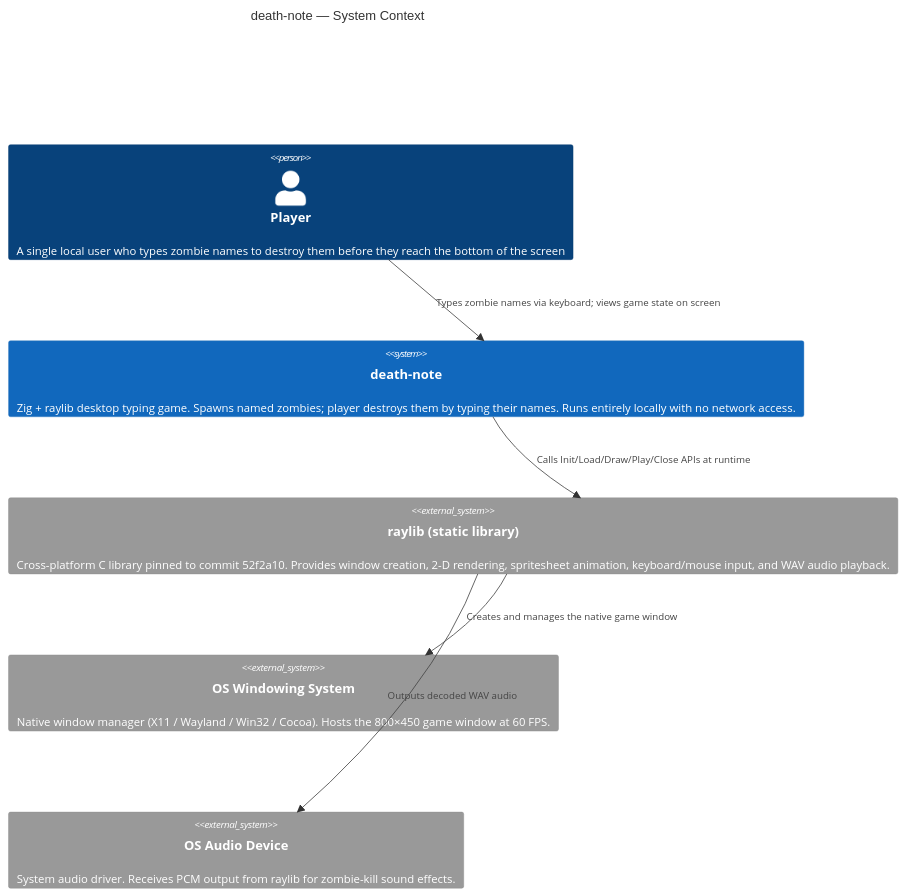
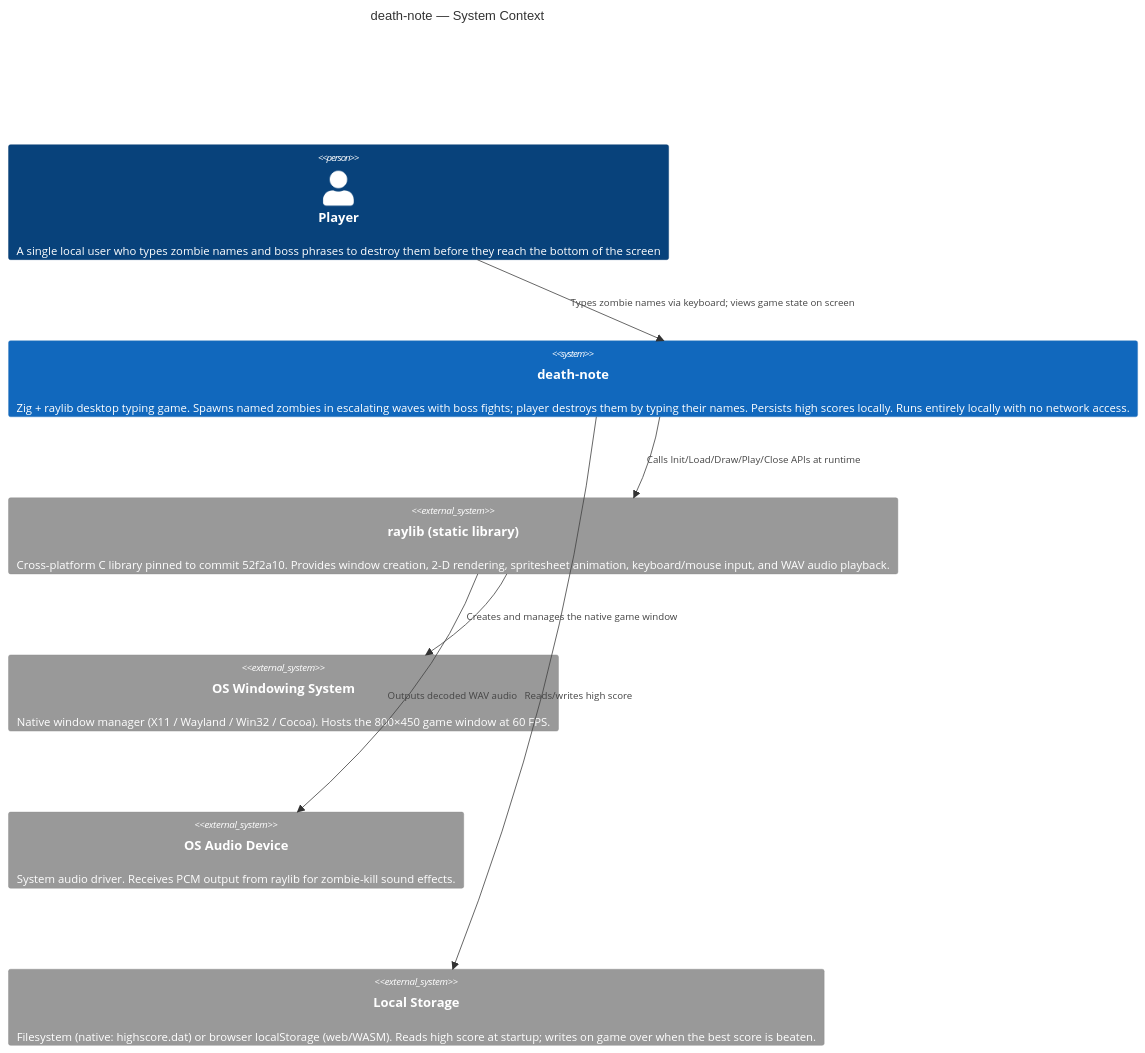
One commit to bfernandez31/death-note changed the second of 2 diagrams in specs/specifications/overview.md. Above: the diagram before and after it, drawn with Mermaid. The commit also changed other lines of this file and 8 other files, not shown here.

````diff
--- a/specs/specifications/overview.md
+++ b/specs/specifications/overview.md
@@ -170,19 +175,22 @@
 ```mermaid
 C4Context
     title death-note — System Context
 
-    Person(player, "Player", "A single local user who types zombie names to destroy them before they reach the bottom of the screen")
+    Person(player, "Player", "A single local user who types zombie names and boss phrases to destroy them before they reach the bottom of the screen")
 
-    System(game, "death-note", "Zig + raylib desktop typing game. Spawns named zombies; player destroys them by typing their names. Runs entirely locally with no network access.")
+    System(game, "death-note", "Zig + raylib desktop typing game. Spawns named zombies in escalating waves with boss fights; player destroys them by typing their names. Persists high scores locally. Runs entirely locally with no network access.")
 
     System_Ext(raylib, "raylib (static library)", "Cross-platform C library pinned to commit 52f2a10. Provides window creation, 2-D rendering, spritesheet animation, keyboard/mouse input, and WAV audio playback.")
 
     System_Ext(osWindow, "OS Windowing System", "Native window manager (X11 / Wayland / Win32 / Cocoa). Hosts the 800×450 game window at 60 FPS.")
 
     System_Ext(osAudio, "OS Audio Device", "System audio driver. Receives PCM output from raylib for zombie-kill sound effects.")
 
+    System_Ext(osStorage, "Local Storage", "Filesystem (native: highscore.dat) or browser localStorage (web/WASM). Reads high score at startup; writes on game over when the best score is beaten.")
+
     Rel(player, game, "Types zombie names via keyboard; views game state on screen")
     Rel(game, raylib, "Calls Init/Load/Draw/Play/Close APIs at runtime")
+    Rel(game, osStorage, "Reads/writes high score")
     Rel(raylib, osWindow, "Creates and manages the native game window")
     Rel(raylib, osAudio, "Outputs decoded WAV audio")
 ```
````
